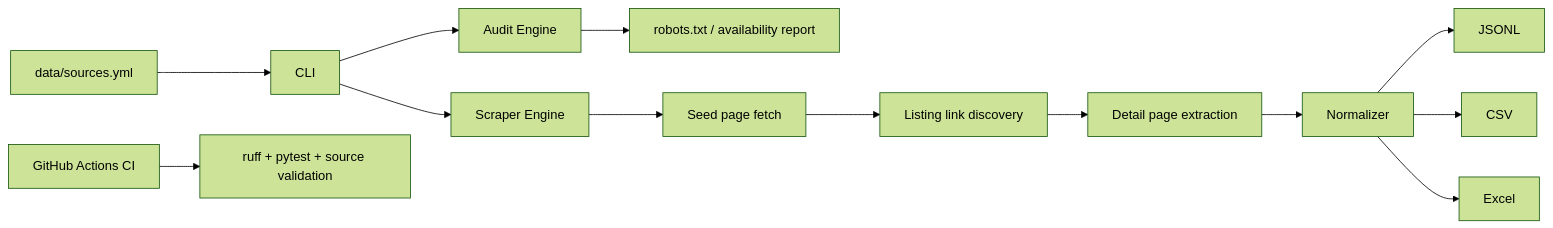
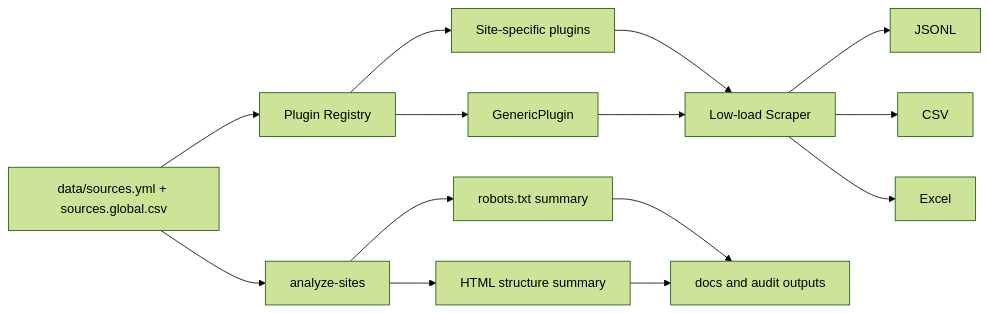
One commit to univcorp2-ctrl/real-estate-source-scraper changed the diagram in README.md. Above: the diagram before and after it, drawn with Mermaid (forest theme). The commit also changed other lines of this file, not shown here.

````diff
--- a/README.md
+++ b/README.md
@@ -167,15 +30,16 @@
 ```mermaid
 flowchart LR
-  A[data/sources.yml] --> B[CLI]
-  B --> C[Audit Engine]
-  B --> D[Scraper Engine]
-  C --> E[robots.txt / availability report]
-  D --> F[Seed page fetch]
-  F --> G[Listing link discovery]
-  G --> H[Detail page extraction]
-  H --> I[Normalizer]
-  I --> J[JSONL]
-  I --> K[CSV]
-  I --> L[Excel]
-  M[GitHub Actions CI] --> N[ruff + pytest + source validation]
+  A[data/sources.yml + sources.global.csv] --> B[analyze-sites]
+  B --> C[robots.txt summary]
+  B --> D[HTML structure summary]
+  A --> E[Plugin Registry]
+  E --> F[Site-specific plugins]
+  E --> G[GenericPlugin]
+  F --> H[Low-load Scraper]
+  G --> H
+  H --> I[JSONL]
+  H --> J[CSV]
+  H --> K[Excel]
+  C --> L[docs and audit outputs]
+  D --> L
 ```
````
